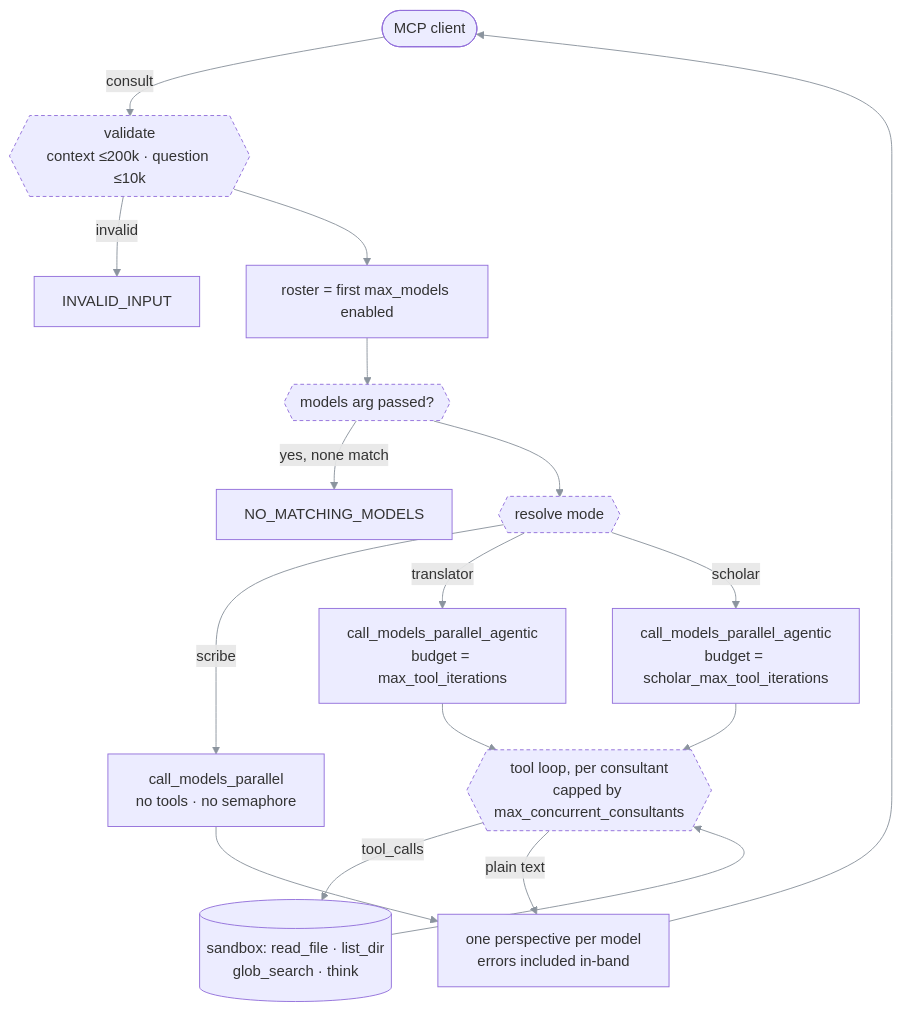
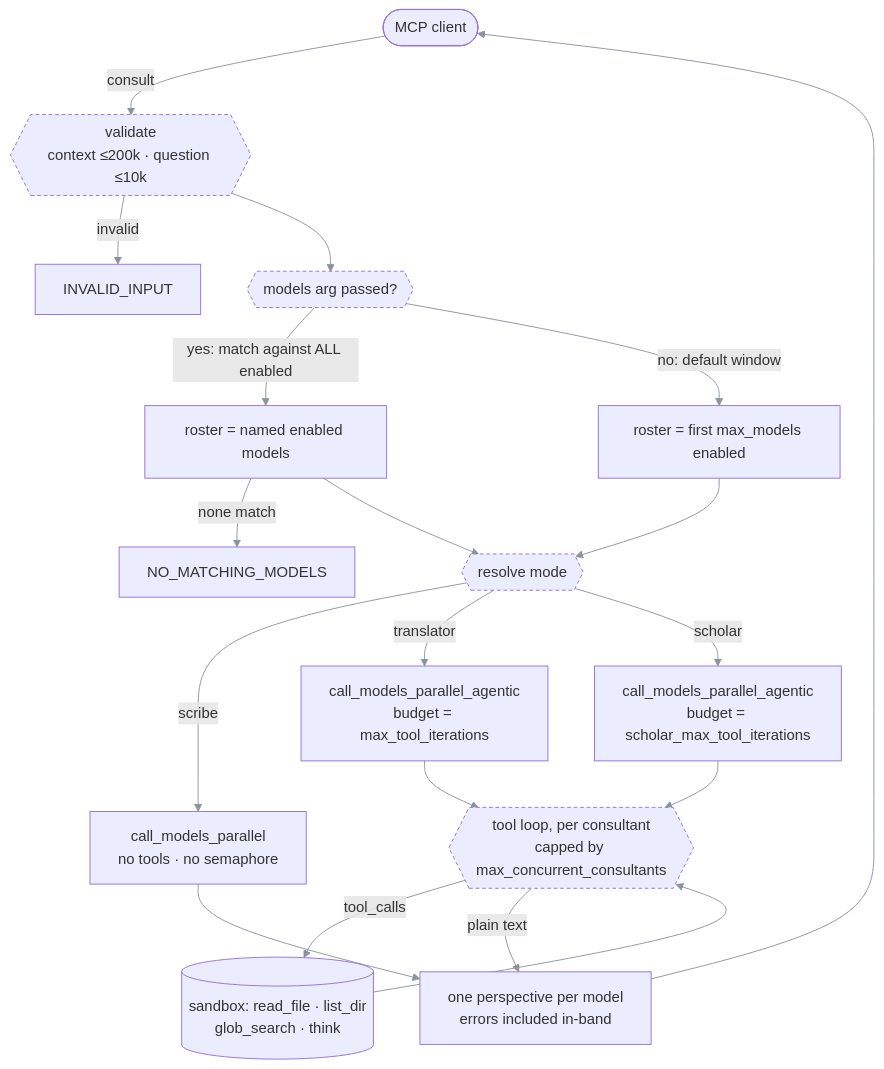
One commit to EzzoHamdan/house-of-wisdom-mcp changed the diagram in README.md. Above: the diagram before and after it, drawn with Mermaid. The commit also changed other lines of this file, not shown here.

````diff
--- a/README.md
+++ b/README.md
@@ -221,24 +221,26 @@
 ```mermaid
 %%{init: {'themeVariables': {'lineColor': '#8b949e'}}}%%
 flowchart TD
     C([MCP client]) -->|consult| V{{"validate<br/>context ≤200k · question ≤10k"}}
     V -->|invalid| E1["INVALID_INPUT"]
-    V --> R["roster = first max_models enabled"]
-    R --> S{{"models arg passed?"}}
-    S -->|yes, none match| E2["NO_MATCHING_MODELS"]
-    S --> M{{"resolve mode"}}
+    V --> S{{"models arg passed?"}}
+    S -->|"yes: match against ALL enabled"| R1["roster = named enabled models"]
+    S -->|"no: default window"| R2["roster = first max_models enabled"]
+    R1 -->|none match| E2["NO_MATCHING_MODELS"]
+    R1 --> M{{"resolve mode"}}
+    R2 --> M
     M -->|scribe| P["call_models_parallel<br/>no tools · no semaphore"]
     M -->|translator| A["call_models_parallel_agentic<br/>budget = max_tool_iterations"]
     M -->|scholar| A2["call_models_parallel_agentic<br/>budget = scholar_max_tool_iterations"]
     A --> L
     A2 --> L
     L{{"tool loop, per consultant<br/>capped by max_concurrent_consultants"}}
     L -->|tool_calls| T[("sandbox: read_file · list_dir<br/>glob_search · think")]
     T --> L
     L -->|plain text| O["one perspective per model<br/>errors included in-band"]
     P --> O
     O --> C
 
     classDef gate stroke-dasharray:4 3;
     class V,S,M,L gate;
 ```
````
